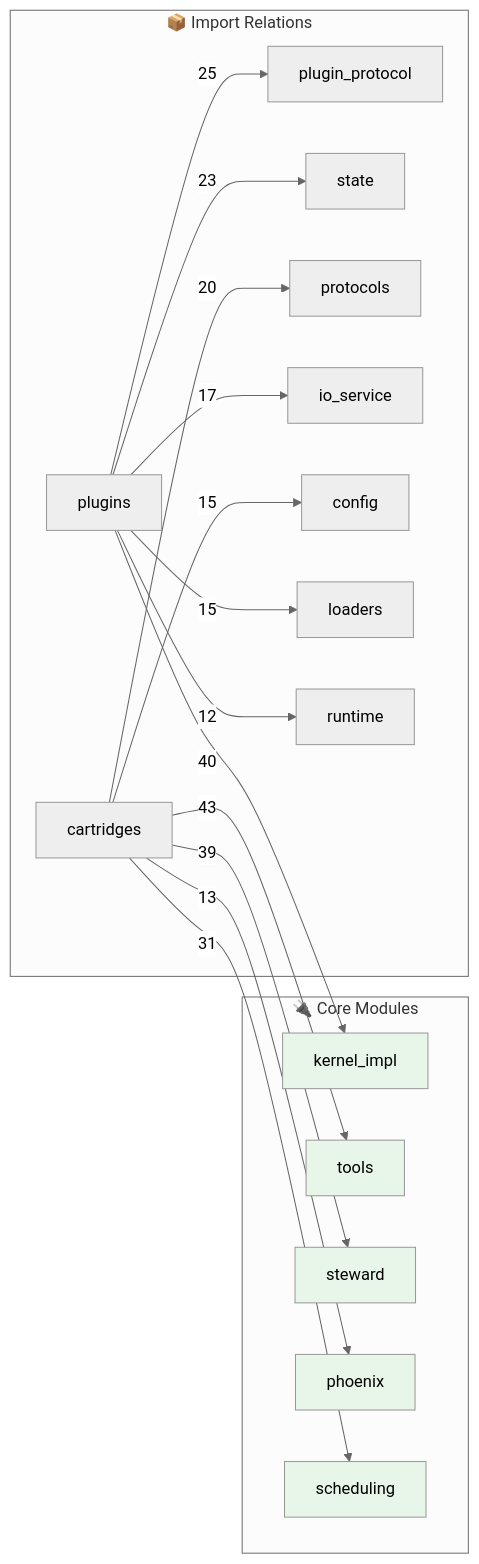
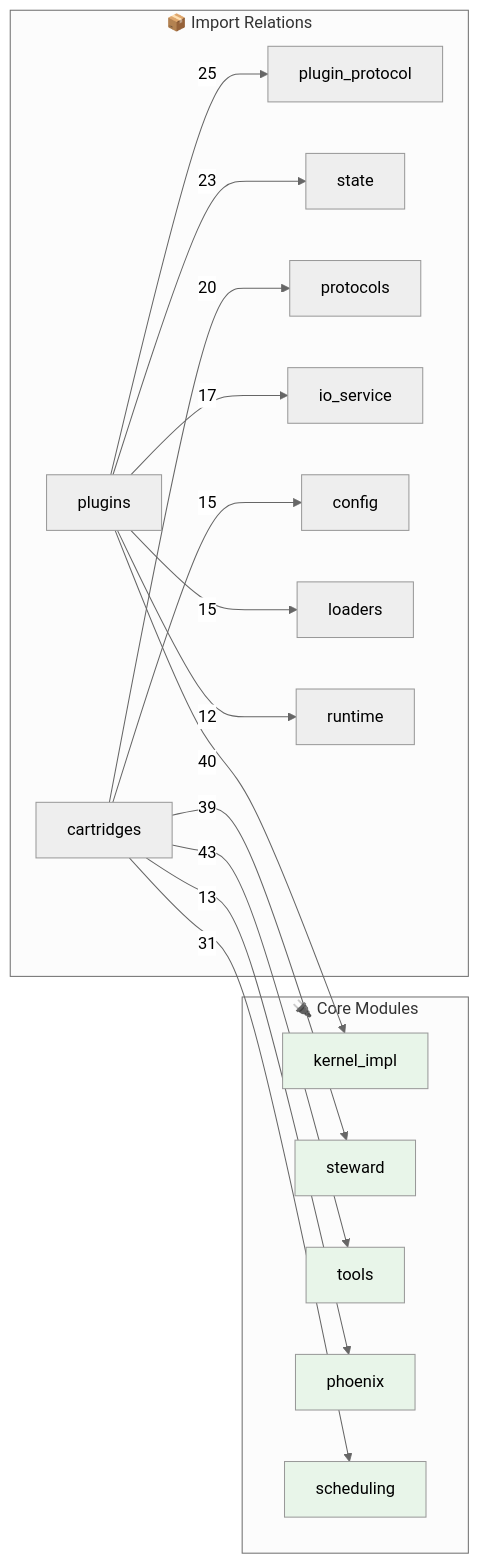
Before and after one commit to kimeisele/steward-protocol: the second of 2 diagrams in OPUS.md, drawn with Mermaid (neutral theme). The commit also changed other lines of this file and 16 other files, not shown here.

````diff
--- a/OPUS.md
+++ b/OPUS.md
@@ -670,31 +676,31 @@
 ```mermaid
 flowchart LR
     subgraph Core["🔌 Core Modules"]
         kernel_impl[kernel_impl]
+        steward[steward]
         tools[tools]
-        steward[steward]
         phoenix[phoenix]
         scheduling[scheduling]
     end
 
     subgraph Edges["📦 Import Relations"]
         cartridges -->|43| tools
         plugins -->|40| kernel_impl
         cartridges -->|39| steward
         cartridges -->|31| scheduling
         plugins -->|25| plugin_protocol
         plugins -->|23| state
         cartridges -->|20| protocols
         plugins -->|17| io_service
         cartridges -->|15| config
         plugins -->|15| loaders
         cartridges -->|13| phoenix
         plugins -->|12| runtime
     end
 
     style kernel_impl fill:#e8f5e9
+    style steward fill:#e8f5e9
     style tools fill:#e8f5e9
-    style steward fill:#e8f5e9
     style phoenix fill:#e8f5e9
     style scheduling fill:#e8f5e9
 ```
````
